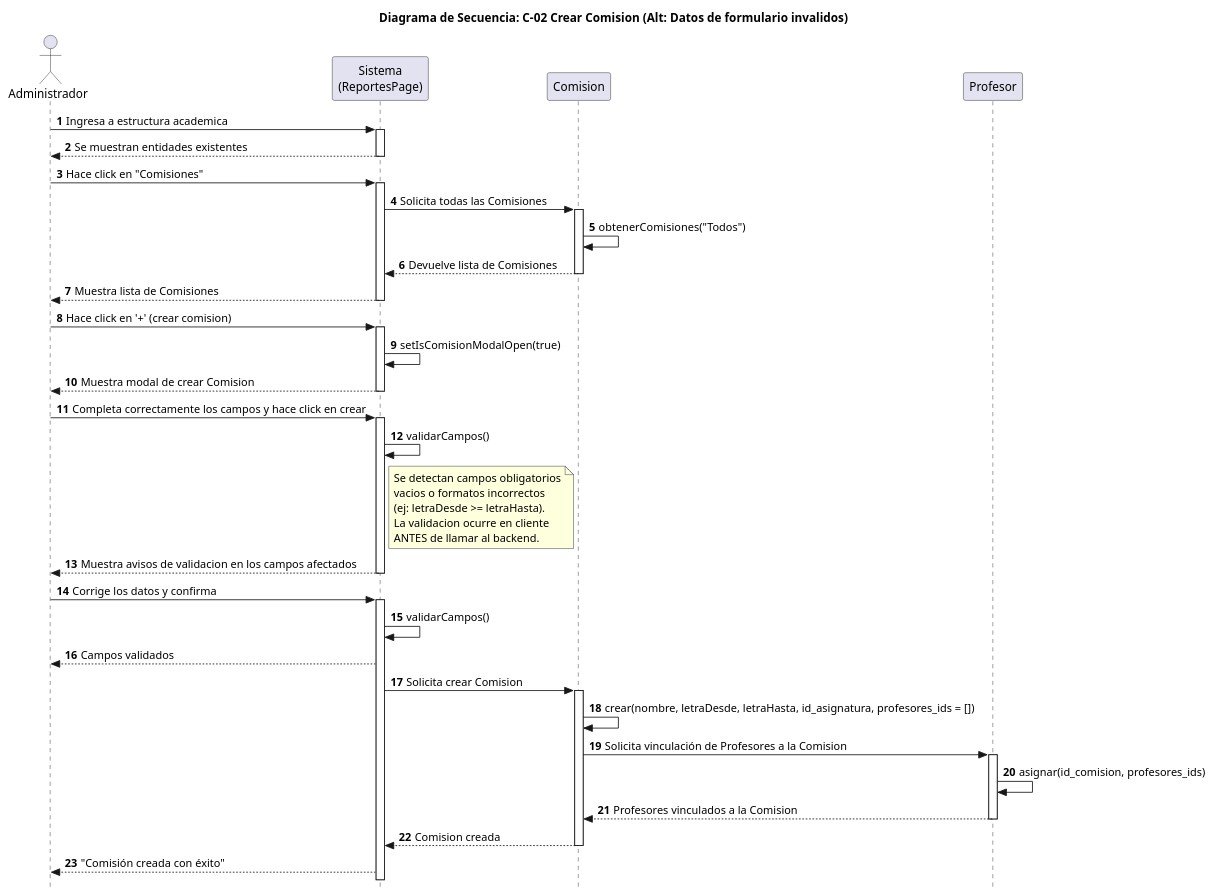
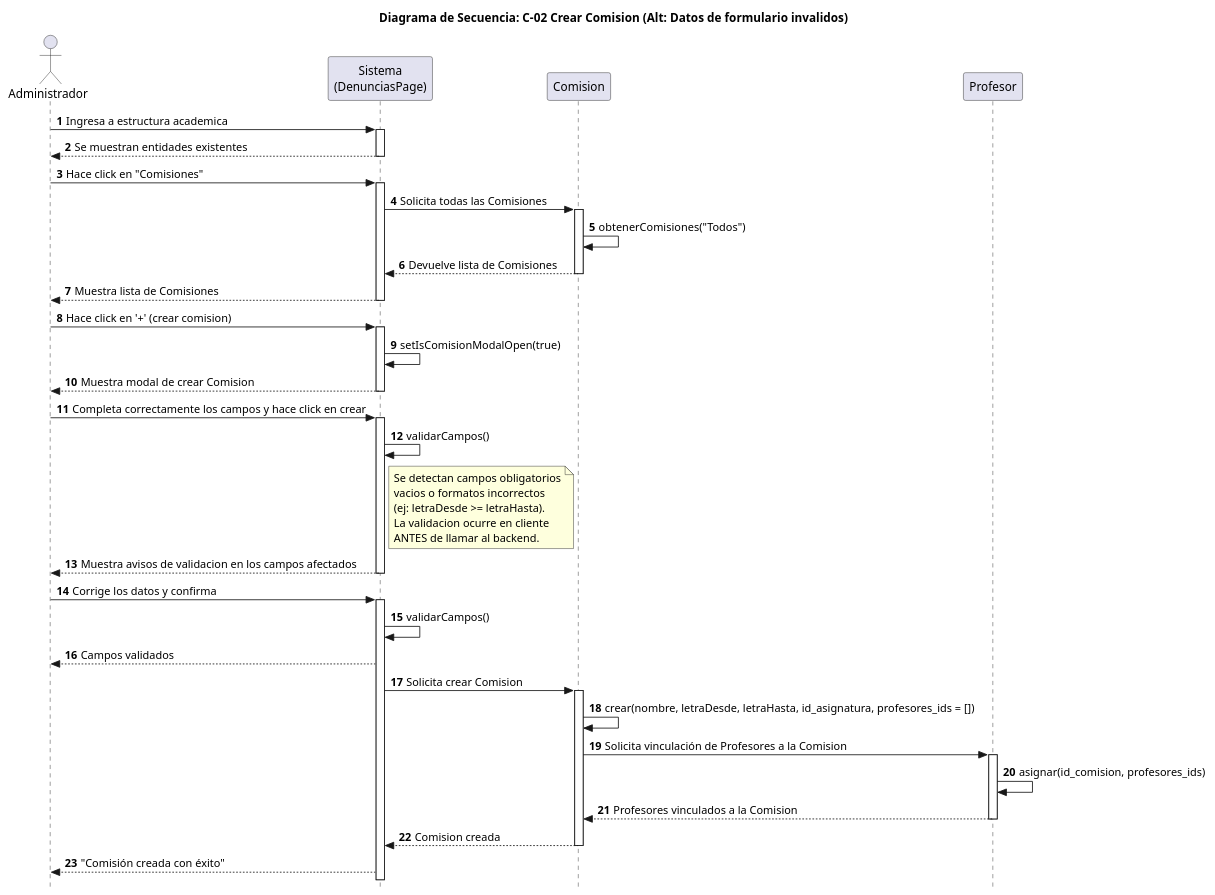
Before and after one commit to SantiagoScetti/sic-unne-admin: the diagram in docs/puml/diagramas_de_Secuencia_Sabrina/C-02 Crear Comisión (Datos de formulario inválidos).puml, drawn with PlantUML. The commit also changed 74 other files, not shown here.

```diff
--- a/docs/puml/diagramas_de_Secuencia_Sabrina/C-02 Crear Comisión (Datos de formulario inválidos).puml
+++ b/docs/puml/diagramas_de_Secuencia_Sabrina/C-02 Crear Comisión (Datos de formulario inválidos).puml
@@ -1,64 +1,64 @@
 @startuml
 
 title Diagrama de Secuencia: C-02 Crear Comision (Alt: Datos de formulario invalidos)
 
 skinparam style strictuml
 skinparam ParticipantPadding 30
 skinparam BoxPadding 12
 
 autonumber
 
 actor Administrador
-participant "Sistema\n(ReportesPage)" as Interfaz
+participant "Sistema\n(DenunciasPage)" as Interfaz
 participant "Comision"
 Administrador -> Interfaz: Ingresa a estructura academica
 activate Interfaz
 Interfaz --> Administrador: Se muestran entidades existentes
 deactivate Interfaz
 
 Administrador -> Interfaz: Hace click en "Comisiones"
 activate Interfaz
 Interfaz -> Comision: Solicita todas las Comisiones
 activate Comision
 Comision -> Comision: obtenerComisiones("Todos")
 Comision --> Interfaz: Devuelve lista de Comisiones
 deactivate Comision
 Interfaz --> Administrador: Muestra lista de Comisiones
 deactivate Interfaz
 Administrador -> Interfaz: Hace click en '+' (crear comision)
 activate Interfaz
 Interfaz -> Interfaz: setIsComisionModalOpen(true)
 Interfaz --> Administrador: Muestra modal de crear Comision
 deactivate Interfaz
 Administrador -> Interfaz: Completa correctamente los campos y hace click en crear
 activate Interfaz
 Interfaz -> Interfaz: validarCampos()
 
 note right of Interfaz
   Se detectan campos obligatorios
   vacios o formatos incorrectos
   (ej: letraDesde >= letraHasta).
   La validacion ocurre en cliente
   ANTES de llamar al backend.
 end note
 
 Interfaz --> Administrador: Muestra avisos de validacion en los campos afectados
 deactivate Interfaz
 
 Administrador -> Interfaz: Corrige los datos y confirma
 activate Interfaz
 Interfaz -> Interfaz: validarCampos()
 Interfaz --> Administrador: Campos validados
 Interfaz -> Comision: Solicita crear Comision
 activate Comision
 Comision -> Comision: crear(nombre, letraDesde, letraHasta, id_asignatura, profesores_ids = [])
 Comision -> Profesor: Solicita vinculación de Profesores a la Comision
 activate Profesor
 Profesor -> Profesor: asignar(id_comision, profesores_ids)
 Profesor --> Comision: Profesores vinculados a la Comision
 deactivate Profesor
 Comision --> Interfaz: Comision creada
 deactivate Comision
 Interfaz --> Administrador: "Comisión creada con éxito"
 
 @enduml
```
